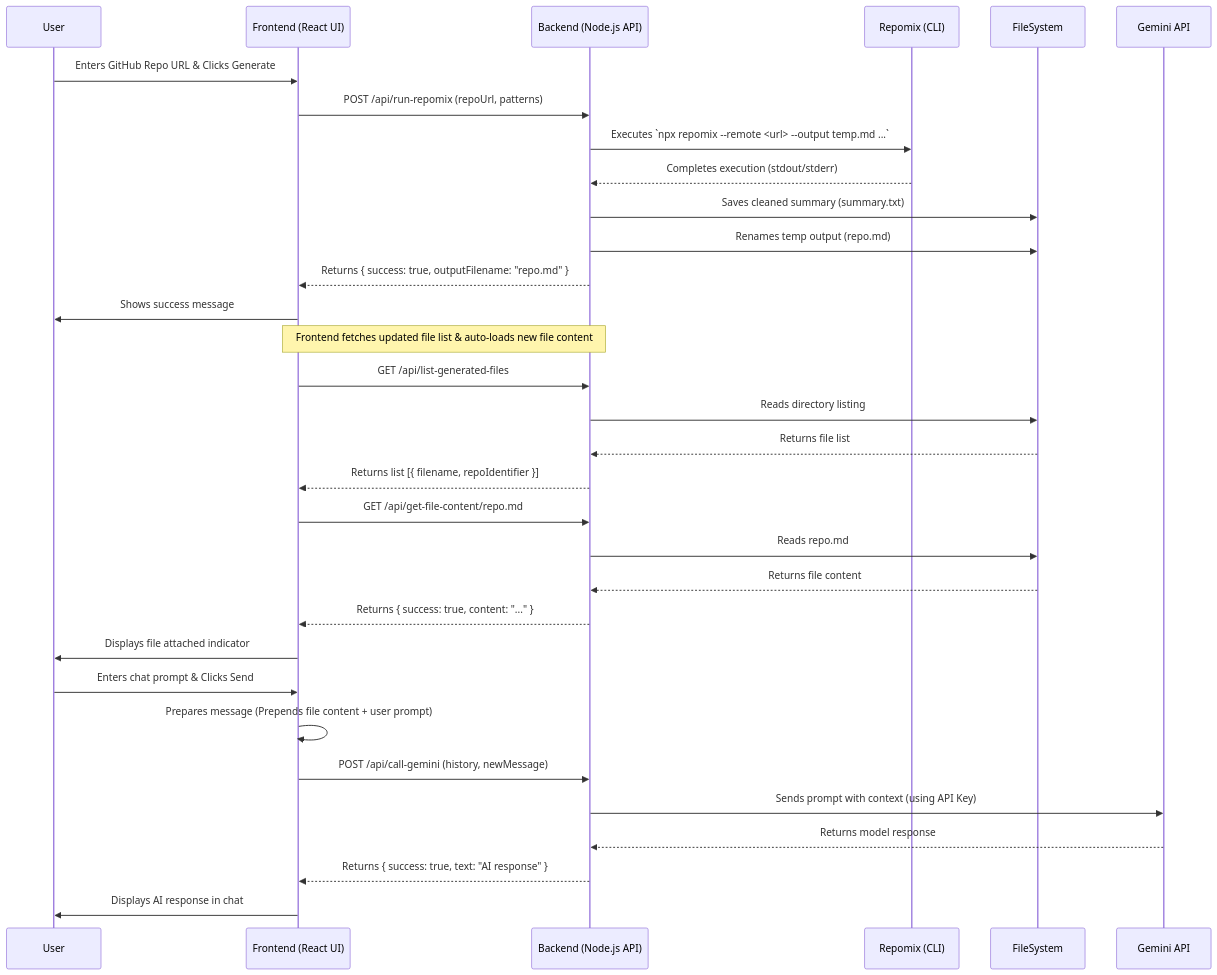
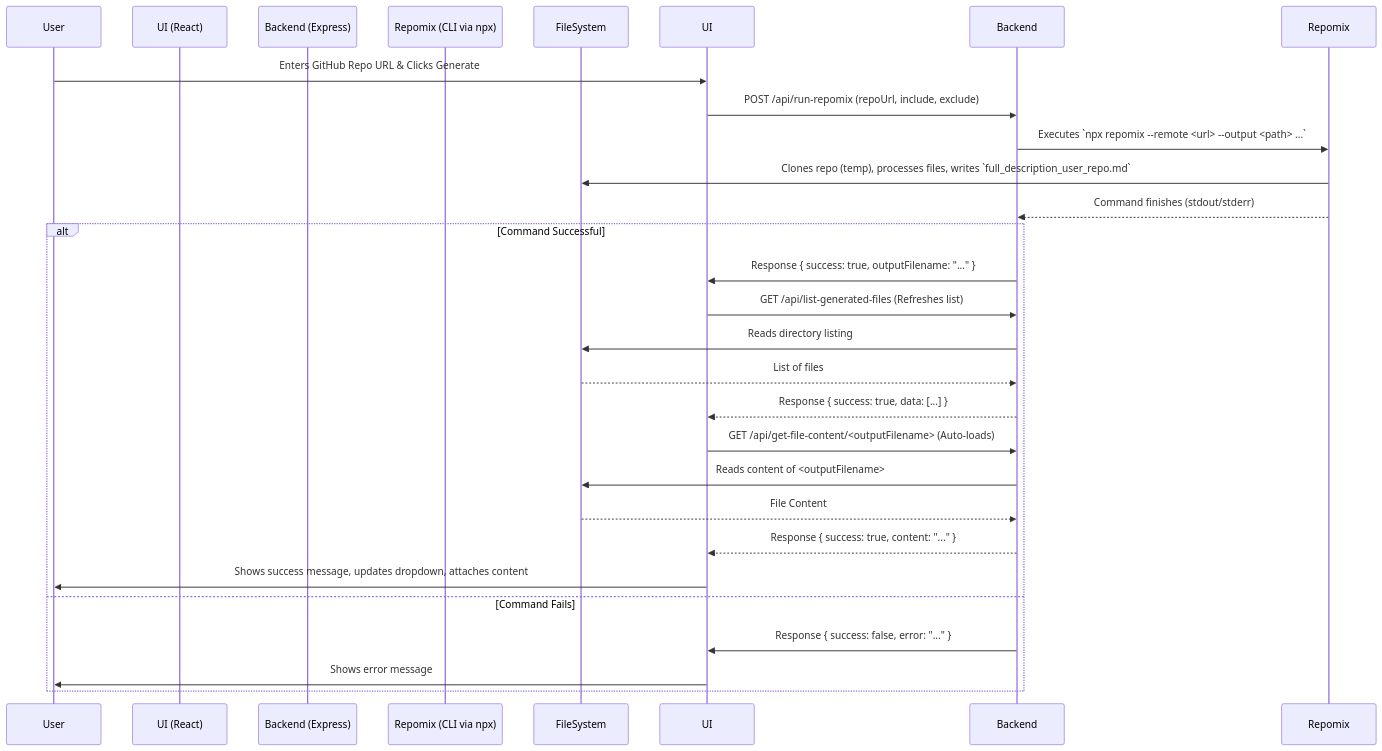
One commit to jesseburstrom/repo-chat changed the first of 2 diagrams in README.md. Above: the diagram before and after it, drawn with Mermaid. The commit also changed other lines of this file, not shown here.

````diff
--- a/README.md
+++ b/README.md
@@ -66,36 +78,29 @@
 ```mermaid
 sequenceDiagram
     participant User
-    participant Frontend (React UI)
-    participant Backend (Node.js API)
-    participant Repomix (CLI)
+    participant UI (React)
+    participant Backend (Express)
+    participant Repomix (CLI via npx)
     participant FileSystem
-    participant Gemini API
 
-    User->>Frontend (React UI): Enters GitHub Repo URL & Clicks Generate
-    Frontend (React UI)->>Backend (Node.js API): POST /api/run-repomix (repoUrl, patterns)
-    Backend (Node.js API)->>Repomix (CLI): Executes `npx repomix --remote <url> --output temp.md ...`
-    Repomix (CLI)-->>Backend (Node.js API): Completes execution (stdout/stderr)
-    Backend (Node.js API)->>FileSystem: Saves cleaned summary (summary.txt)
-    Backend (Node.js API)->>FileSystem: Renames temp output (repo.md)
-    Backend (Node.js API)-->>Frontend (React UI): Returns { success: true, outputFilename: "repo.md" }
-    Frontend (React UI)->>User: Shows success message
-    Note over Frontend (React UI), Backend (Node.js API): Frontend fetches updated file list & auto-loads new file content
-    Frontend (React UI)->>Backend (Node.js API): GET /api/list-generated-files
-    Backend (Node.js API)->>FileSystem: Reads directory listing
-    FileSystem-->>Backend (Node.js API): Returns file list
-    Backend (Node.js API)-->>Frontend (React UI): Returns list [{ filename, repoIdentifier }]
-    Frontend (React UI)->>Backend (Node.js API): GET /api/get-file-content/repo.md
-    Backend (Node.js API)->>FileSystem: Reads repo.md
-    FileSystem-->>Backend (Node.js API): Returns file content
-    Backend (Node.js API)-->>Frontend (React UI): Returns { success: true, content: "..." }
-    Frontend (React UI)->>User: Displays file attached indicator
-
-    User->>Frontend (React UI): Enters chat prompt & Clicks Send
-    Frontend (React UI)->>Frontend (React UI): Prepares message (Prepends file content + user prompt)
-    Frontend (React UI)->>Backend (Node.js API): POST /api/call-gemini (history, newMessage)
-    Backend (Node.js API)->>Gemini API: Sends prompt with context (using API Key)
-    Gemini API-->>Backend (Node.js API): Returns model response
-    Backend (Node.js API)-->>Frontend (React UI): Returns { success: true, text: "AI response" }
-    Frontend (React UI)->>User: Displays AI response in chat
+    User->>UI: Enters GitHub Repo URL & Clicks Generate
+    UI->>Backend: POST /api/run-repomix (repoUrl, include, exclude)
+    Backend->>Repomix: Executes `npx repomix --remote <url> --output <path> ...`
+    Repomix->>FileSystem: Clones repo (temp), processes files, writes `full_description_user_repo.md`
+    Repomix-->>Backend: Command finishes (stdout/stderr)
+    alt Command Successful
+        Backend->>UI: Response { success: true, outputFilename: "..." }
+        UI->>Backend: GET /api/list-generated-files (Refreshes list)
+        Backend->>FileSystem: Reads directory listing
+        FileSystem-->>Backend: List of files
+        Backend-->>UI: Response { success: true, data: [...] }
+        UI->>Backend: GET /api/get-file-content/<outputFilename> (Auto-loads)
+        Backend->>FileSystem: Reads content of <outputFilename>
+        FileSystem-->>Backend: File Content
+        Backend-->>UI: Response { success: true, content: "..." }
+        UI->>User: Shows success message, updates dropdown, attaches content
+    else Command Fails
+        Backend->>UI: Response { success: false, error: "..." }
+        UI->>User: Shows error message
+    end
 ```
````
